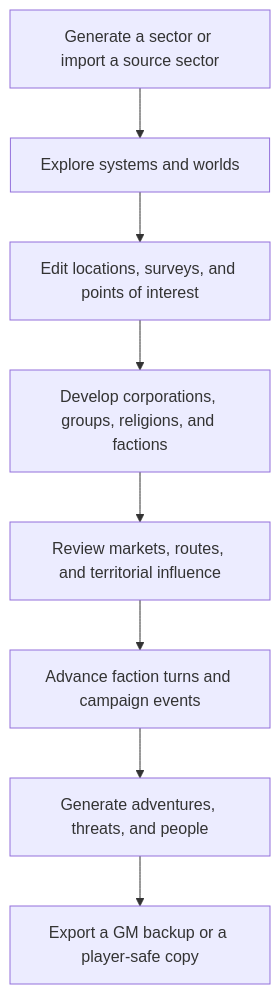
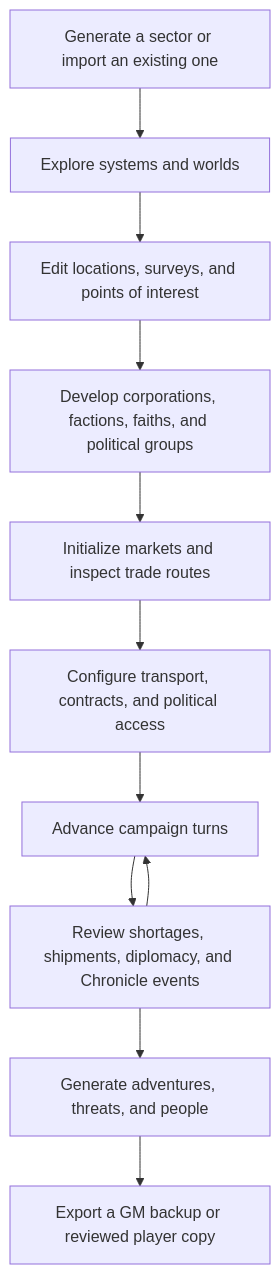
The diagram in README.md (satoru-suzukii/swn-sector-forge), drawn with Mermaid before and after one commit. The commit also changed other lines of this file and 14 other files, not shown here.

````diff
--- a/README.md
+++ b/README.md
@@ -162,10 +237,13 @@
 ```mermaid
 flowchart TD
-    A[Generate a sector or import a source sector] --> B[Explore systems and worlds]
+    A[Generate a sector or import an existing one] --> B[Explore systems and worlds]
     B --> C[Edit locations, surveys, and points of interest]
-    C --> D[Develop corporations, groups, religions, and factions]
-    D --> E[Review markets, routes, and territorial influence]
-    E --> F[Advance faction turns and campaign events]
-    F --> G[Generate adventures, threats, and people]
-    G --> H[Export a GM backup or a player-safe copy]
+    C --> D[Develop corporations, factions, faiths, and political groups]
+    D --> E[Initialize markets and inspect trade routes]
+    E --> F[Configure transport, contracts, and political access]
+    F --> G[Advance campaign turns]
+    G --> H[Review shortages, shipments, diplomacy, and Chronicle events]
+    H --> I[Generate adventures, threats, and people]
+    I --> J[Export a GM backup or reviewed player copy]
+    H --> G
 ```
````
